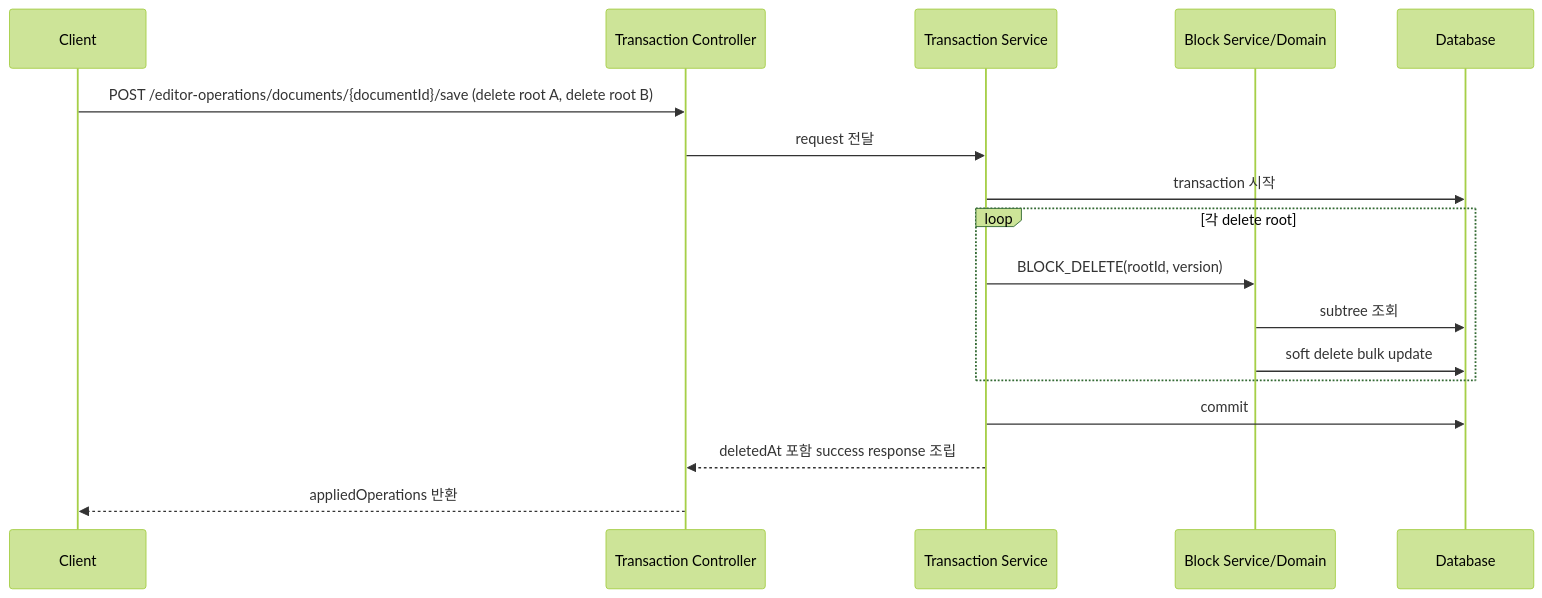
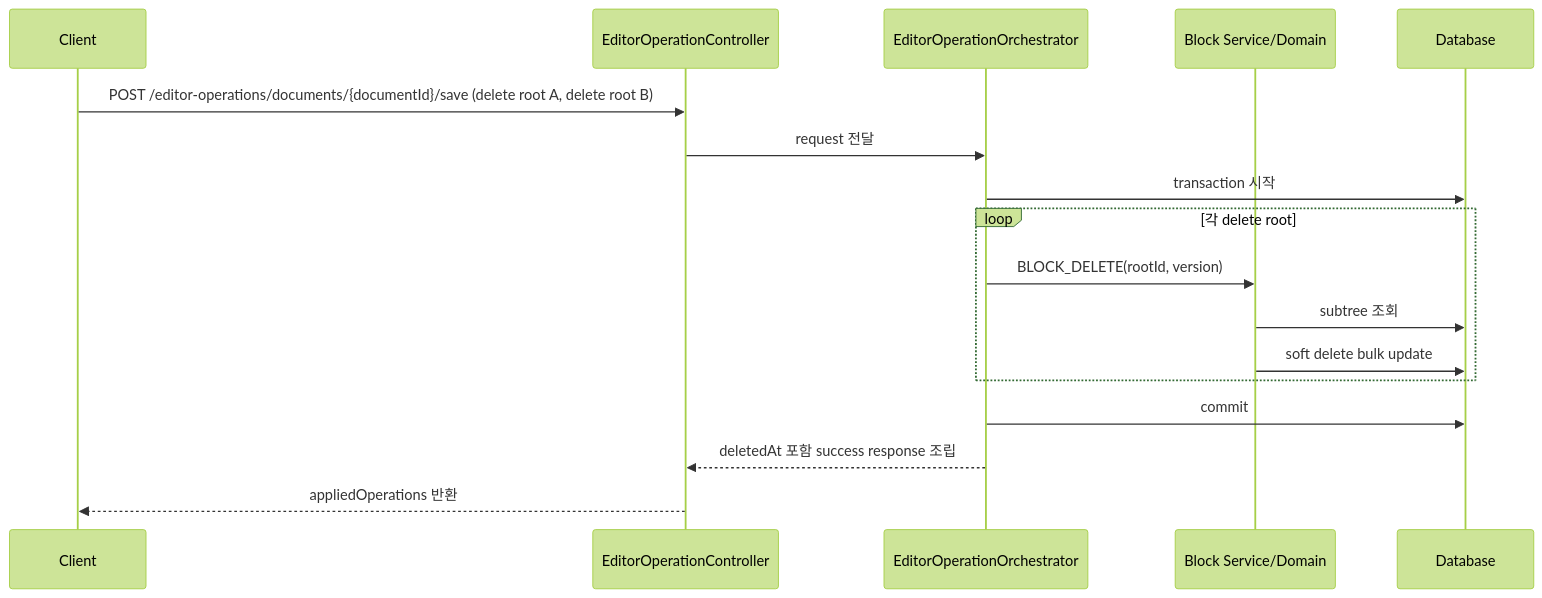
Before and after one commit to jho951/service-editor: the third of 3 diagrams in docs/guides/editor/backend-editor-guideline.md, drawn with Mermaid (forest theme). The commit also changed other lines of this file and 6 other files, not shown here.

````diff
--- a/docs/guides/editor/backend-editor-guideline.md
+++ b/docs/guides/editor/backend-editor-guideline.md
@@ -204,20 +206,20 @@
 ```mermaid
 sequenceDiagram
     participant C as Client
-    participant API as Transaction Controller
-    participant S as Transaction Service
+    participant API as EditorOperationController
+    participant S as EditorOperationOrchestrator
     participant B as Block Service/Domain
     participant DB as Database
 
     C->>API: POST /editor-operations/documents/{documentId}/save (delete root A, delete root B)
     API->>S: request 전달
     S->>DB: transaction 시작
     loop 각 delete root
         S->>B: BLOCK_DELETE(rootId, version)
         B->>DB: subtree 조회
         B->>DB: soft delete bulk update
     end
     S->>DB: commit
     S-->>API: deletedAt 포함 success response 조립
     API-->>C: appliedOperations 반환
 ```
````
